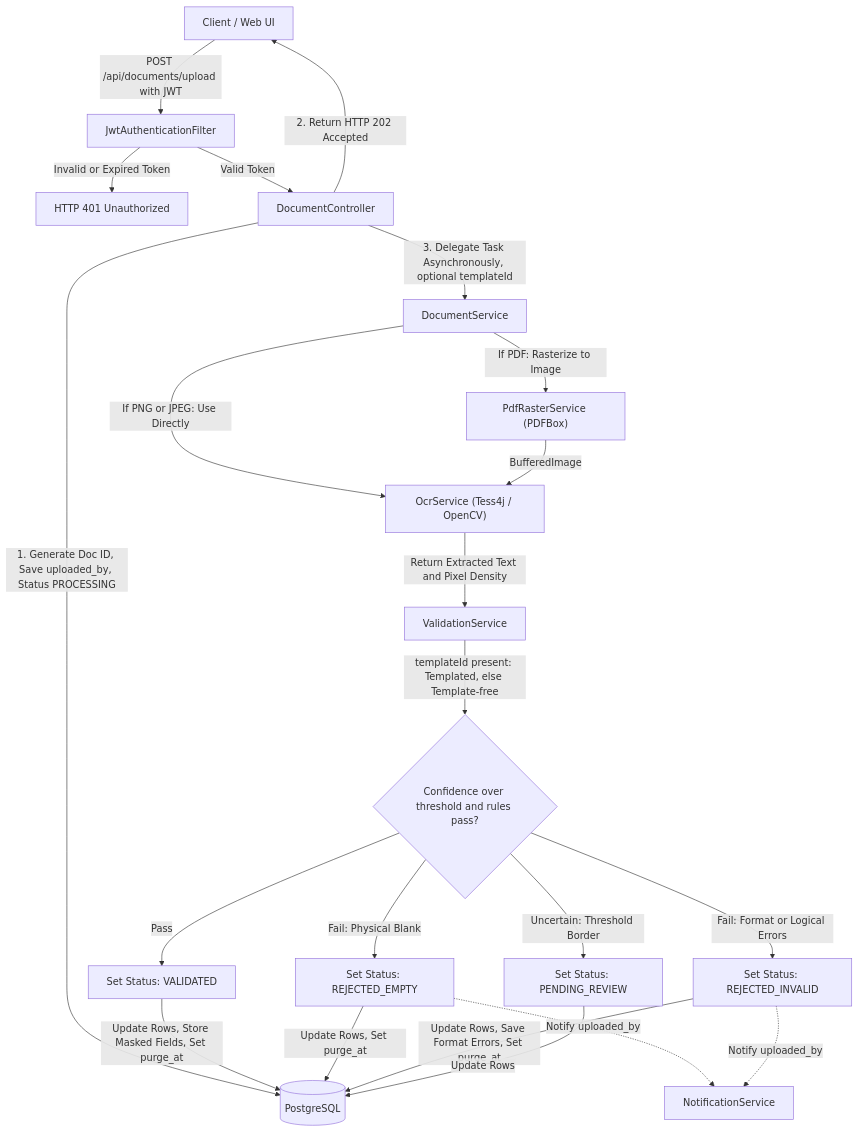
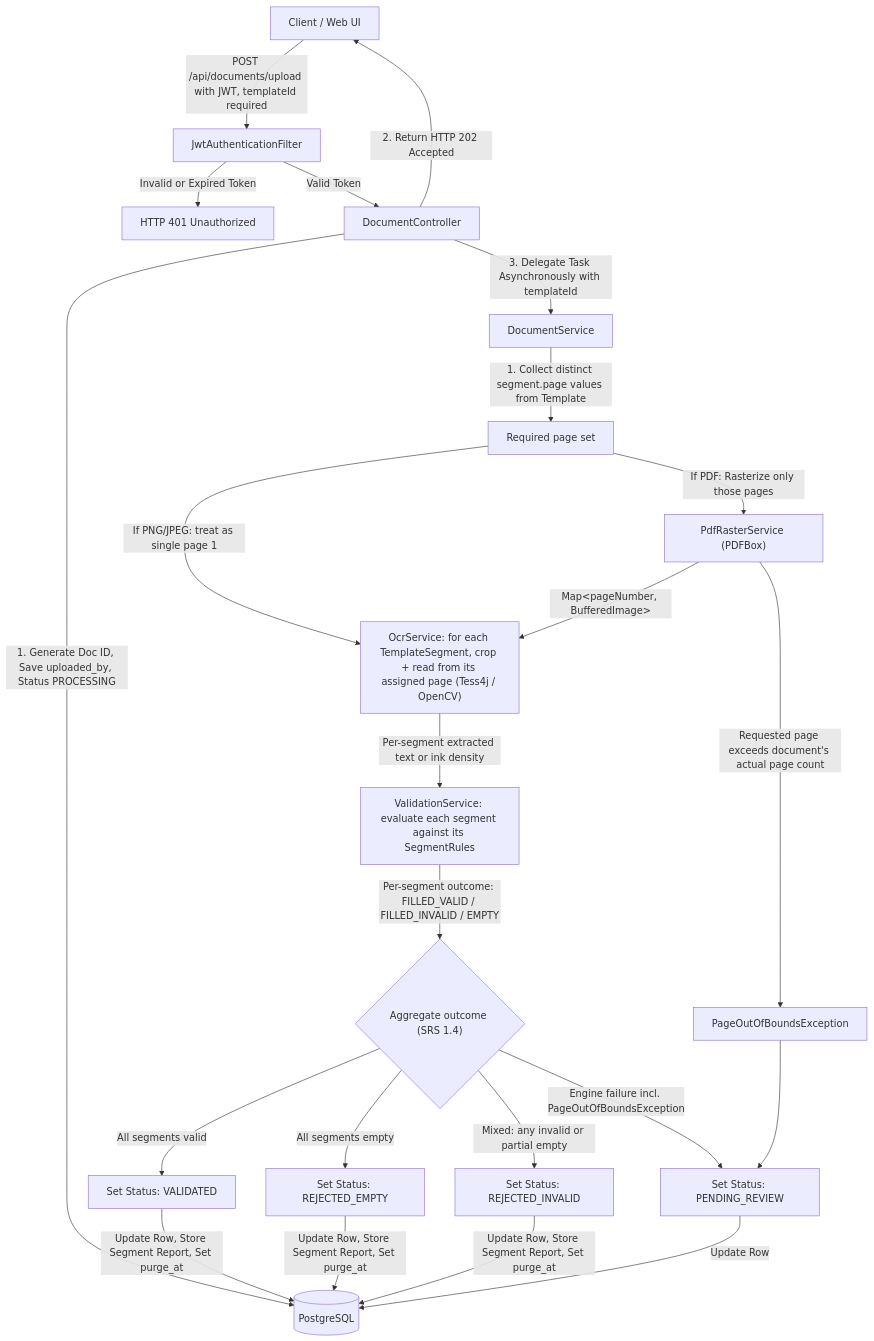
Before and after one commit to pelinevleksiz/validdoc: the first of 3 diagrams in SDD.md, drawn with Mermaid. The commit also changed other lines of this file and 1 other file, not shown here.

Commit message:
docs: rewrite SRS and SDD for a mandatory, multi-page, rule-based template segmentation model, replacing template-free validation, weighted confidence scoring, and email notifications

````diff
--- a/SDD.md
+++ b/SDD.md
@@ -22,30 +21,30 @@
 ```mermaid
 graph TD
-    Client["Client / Web UI"] -->|"POST /api/documents/upload with JWT"| Filter["JwtAuthenticationFilter"]
+    Client["Client / Web UI"] -->|"POST /api/documents/upload with JWT, templateId required"| Filter["JwtAuthenticationFilter"]
     Filter -->|"Invalid or Expired Token"| AuthError["HTTP 401 Unauthorized"]
     Filter -->|"Valid Token"| Controller["DocumentController"]
- 
+
     Controller -->|"1. Generate Doc ID, Save uploaded_by, Status PROCESSING"| DB[("PostgreSQL")]
     Controller -->|"2. Return HTTP 202 Accepted"| Client
-    Controller -->|"3. Delegate Task Asynchronously, optional templateId"| Service["DocumentService"]
- 
-    Service -->|"If PDF: Rasterize to Image"| PdfConv["PdfRasterService (PDFBox)"]
-    Service -->|"If PNG or JPEG: Use Directly"| OCR
-    PdfConv -->|"BufferedImage"| OCR["OcrService (Tess4j / OpenCV)"]
-    OCR -->|"Return Extracted Text and Pixel Density"| Validation["ValidationService"]
- 
-    Validation -->|"templateId present: Templated, else Template-free"| Eval{"Confidence over threshold and rules pass?"}
- 
-    Eval -->|"Pass"| Validated["Set Status: VALIDATED"]
-    Eval -->|"Fail: Physical Blank"| RejectedEmpty["Set Status: REJECTED_EMPTY"]
-    Eval -->|"Fail: Format or Logical Errors"| RejectedInvalid["Set Status: REJECTED_INVALID"]
-    Eval -->|"Uncertain: Threshold Border"| Review["Set Status: PENDING_REVIEW"]
- 
-    Validated -->|"Update Rows, Store Masked Fields, Set purge_at"| DB
-    RejectedEmpty -->|"Update Rows, Set purge_at"| DB
-    RejectedInvalid -->|"Update Rows, Save Format Errors, Set purge_at"| DB
-    Review -->|"Update Rows"| DB
- 
-    RejectedEmpty -.->|"Notify uploaded_by"| Notify["NotificationService"]
-    RejectedInvalid -.->|"Notify uploaded_by"| Notify
+    Controller -->|"3. Delegate Task Asynchronously with templateId"| Service["DocumentService"]
+
+    Service -->|"1. Collect distinct segment.page values from Template"| Pages["Required page set"]
+    Pages -->|"If PDF: Rasterize only those pages"| PdfConv["PdfRasterService (PDFBox)"]
+    Pages -->|"If PNG/JPEG: treat as single page 1"| OCR
+    PdfConv -->|"Map&lt;pageNumber, BufferedImage&gt;"| OCR["OcrService: for each TemplateSegment, crop + read from its assigned page (Tess4j / OpenCV)"]
+    PdfConv -->|"Requested page exceeds document's actual page count"| PageMismatch["PageOutOfBoundsException"]
+    OCR -->|"Per-segment extracted text or ink density"| Validation["ValidationService: evaluate each segment against its SegmentRules"]
+
+    Validation -->|"Per-segment outcome: FILLED_VALID / FILLED_INVALID / EMPTY"| Eval{"Aggregate outcome (SRS 1.4)"}
+
+    Eval -->|"All segments valid"| Validated["Set Status: VALIDATED"]
+    Eval -->|"All segments empty"| RejectedEmpty["Set Status: REJECTED_EMPTY"]
+    Eval -->|"Mixed: any invalid or partial empty"| RejectedInvalid["Set Status: REJECTED_INVALID"]
+    Eval -->|"Engine failure incl. PageOutOfBoundsException"| Review["Set Status: PENDING_REVIEW"]
+    PageMismatch --> Review
+
+    Validated -->|"Update Row, Store Segment Report, Set purge_at"| DB
+    RejectedEmpty -->|"Update Row, Store Segment Report, Set purge_at"| DB
+    RejectedInvalid -->|"Update Row, Store Segment Report, Set purge_at"| DB
+    Review -->|"Update Row"| DB
 ```
````
